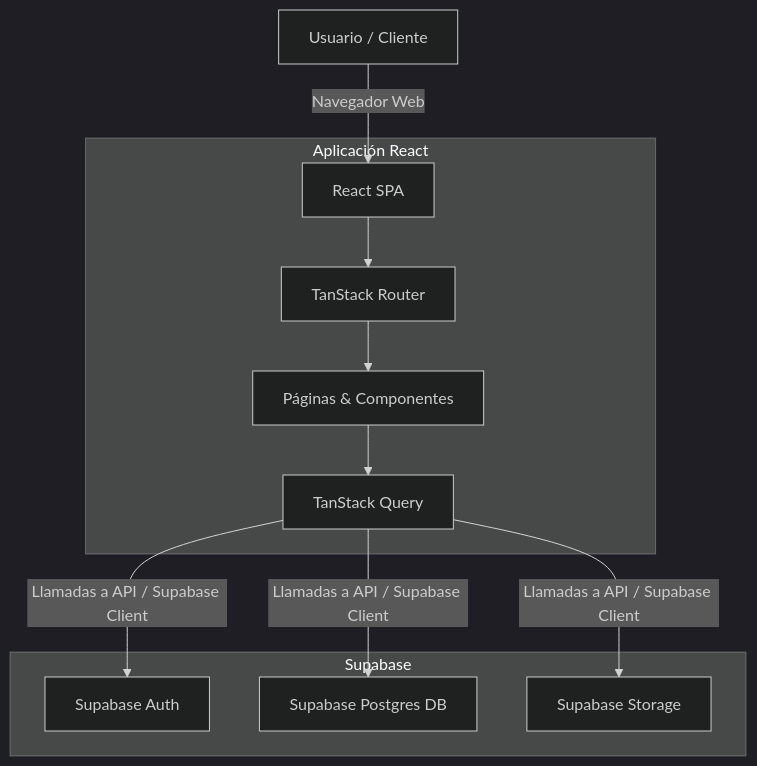
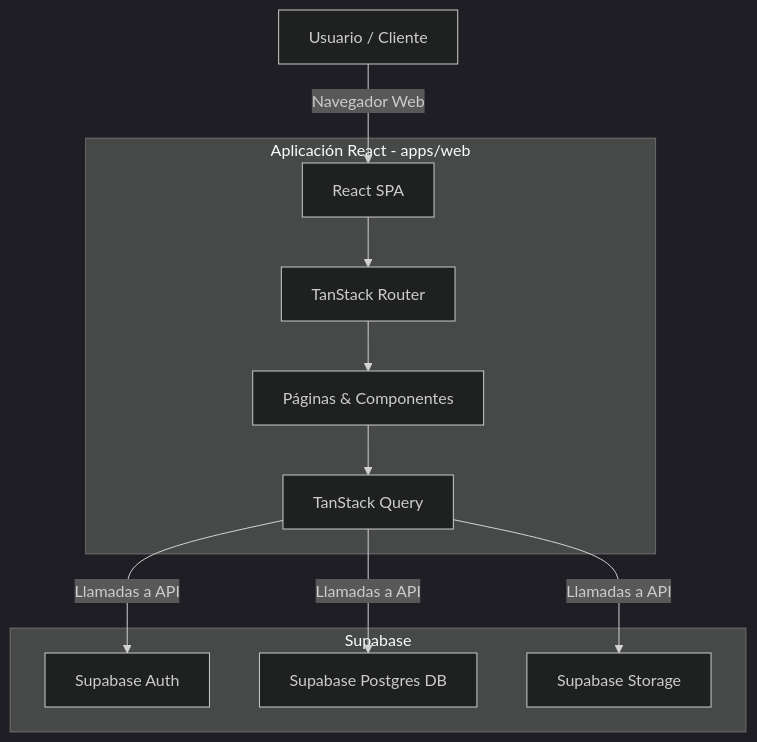
One commit to KeruZ-nt/DisagroV11 changed the first of 2 diagrams in README.md. Above: the diagram before and after it, drawn with Mermaid (dark theme). The commit also changed other lines of this file and 23 other files, not shown here.

````diff
--- a/README.md
+++ b/README.md
@@ -19,16 +36,16 @@
 ```mermaid
 graph TD
     A[Usuario / Cliente] -->|Navegador Web| B[React SPA]
     
-    subgraph Frontend [Aplicación React]
+    subgraph Frontend [Aplicación React - apps/web]
         B --> C[TanStack Router]
         C --> D[Páginas & Componentes]
         D --> E[TanStack Query]
     end
     
     subgraph Backend [Supabase]
-        E -->|Llamadas a API / Supabase Client| F[Supabase Auth]
-        E -->|Llamadas a API / Supabase Client| G[Supabase Postgres DB]
-        E -->|Llamadas a API / Supabase Client| H[Supabase Storage]
+        E -->|Llamadas a API| F[Supabase Auth]
+        E -->|Llamadas a API| G[Supabase Postgres DB]
+        E -->|Llamadas a API| H[Supabase Storage]
     end
 ```
````
